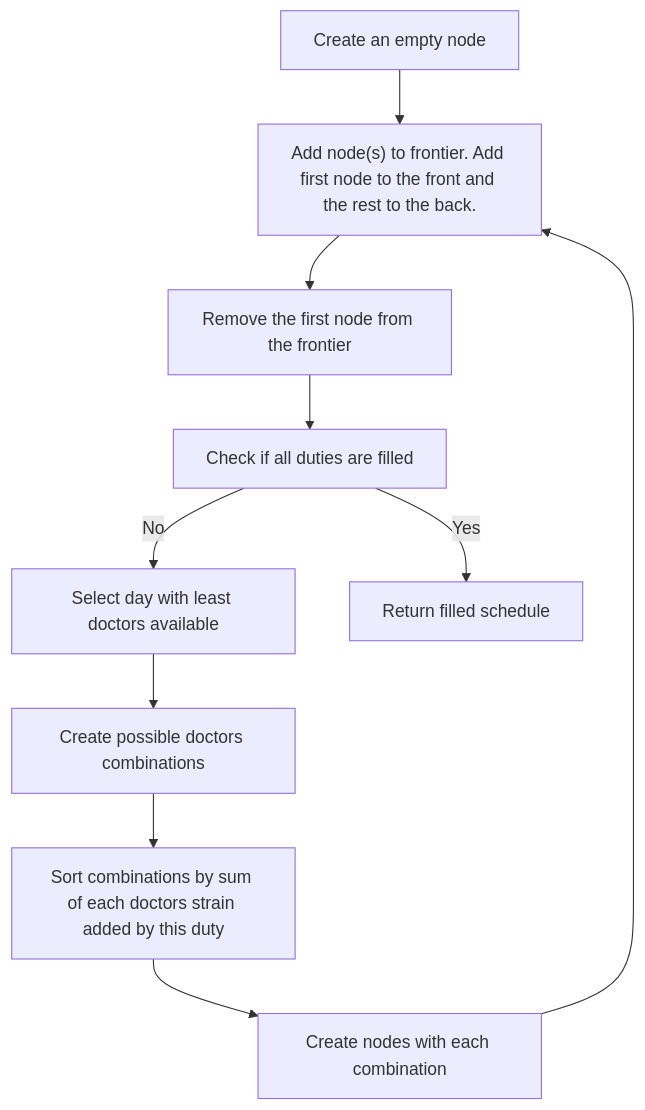
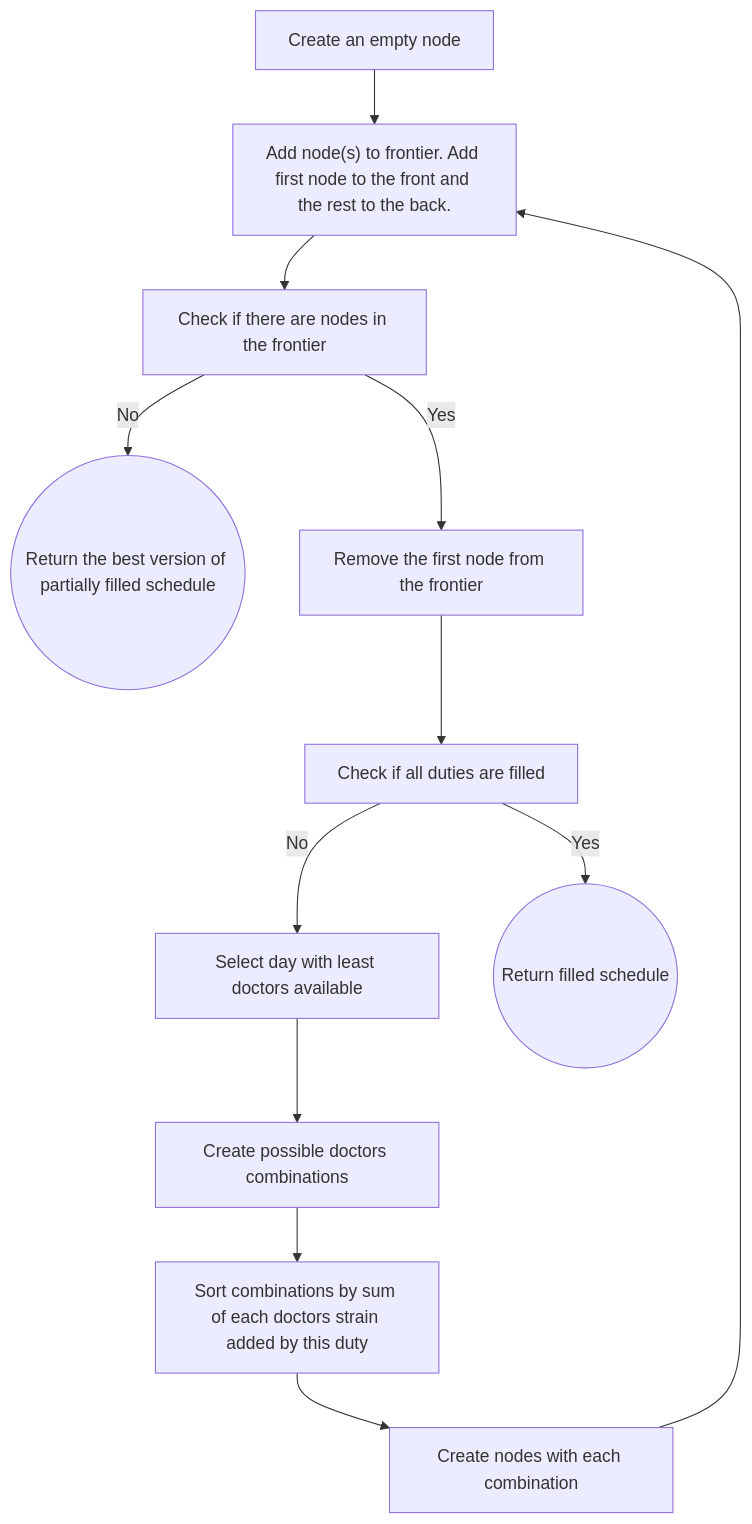
Before and after one commit to marcinbogdanowicz/MedDutiesRevisited: the diagram in README.md, drawn with Mermaid.

Commit message:
Add information about returning partially filled schedules to algorithm overview

````diff
--- a/README.md
+++ b/README.md
@@ -635,15 +635,21 @@
 ```mermaid
 graph TD
     START[Create an empty node]
     ADD["Add node(s) to frontier. Add first node to the front and the rest to the back."]
+    CHECK_IF_THERE_ARE_NODES[Check if there are nodes in the frontier]
+    RETURN_BEST((Return the best version of partially filled schedule))
     POP[Remove the first node from the frontier]
     CHECK_IF_SET[Check if all duties are filled]
     SELECT_DAY[Select day with least doctors available]
     SORT_COMBS[Sort combinations by sum of each doctors strain added by this duty]
     CREATE_COMBS[Create possible doctors combinations]
     CREATE_NODES[Create nodes with each combination]
+    RETURN((Return filled schedule))
 
-    START --> ADD --> POP --> CHECK_IF_SET 
-    CHECK_IF_SET --"Yes"--> RETURN[Return filled schedule]
+    START --> ADD --> CHECK_IF_THERE_ARE_NODES
+    
+    CHECK_IF_THERE_ARE_NODES --"Yes"--> POP --> CHECK_IF_SET
+    CHECK_IF_THERE_ARE_NODES --"No" --> RETURN_BEST
+    CHECK_IF_SET --"Yes"--> RETURN
     CHECK_IF_SET --"No"--> SELECT_DAY --> CREATE_COMBS --> SORT_COMBS --> CREATE_NODES --> ADD
 ```
````
